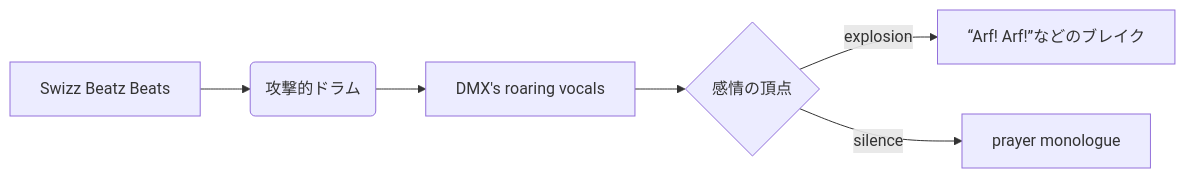
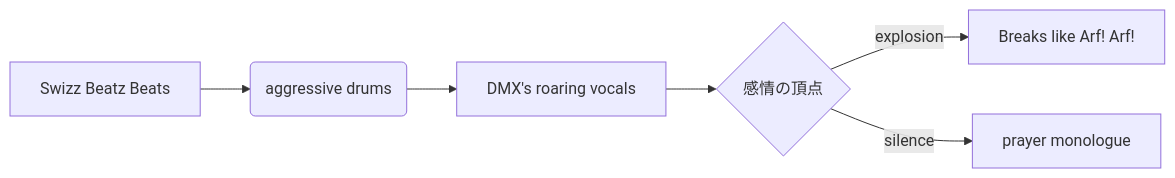
The third of 3 diagrams in en/_posts/2025-10-29-column-dmx.md (monumental-movement/monumental-movement.github.io), drawn with Mermaid before and after one commit. The commit also changed other lines of this file and 851 other files, not shown here.

```diff
--- a/en/_posts/2025-10-29-column-dmx.md
+++ b/en/_posts/2025-10-29-column-dmx.md
@@ -243,10 +243,10 @@
 <div class="mermaid">
 
 graph LR
-A[Swizz Beatz Beats] --> B(攻撃的ドラム)
+A[Swizz Beatz Beats] --> B(aggressive drums)
 B --> C[DMX's roaring vocals]
 C --> D{感情の頂点}
-D -->|explosion| E["“Arf! Arf!”などのブレイク"]
+D -->|explosion| E["Breaks like "Arf! Arf!""]
 D -->|silence| F[prayer monologue]
 
 </div>
```
